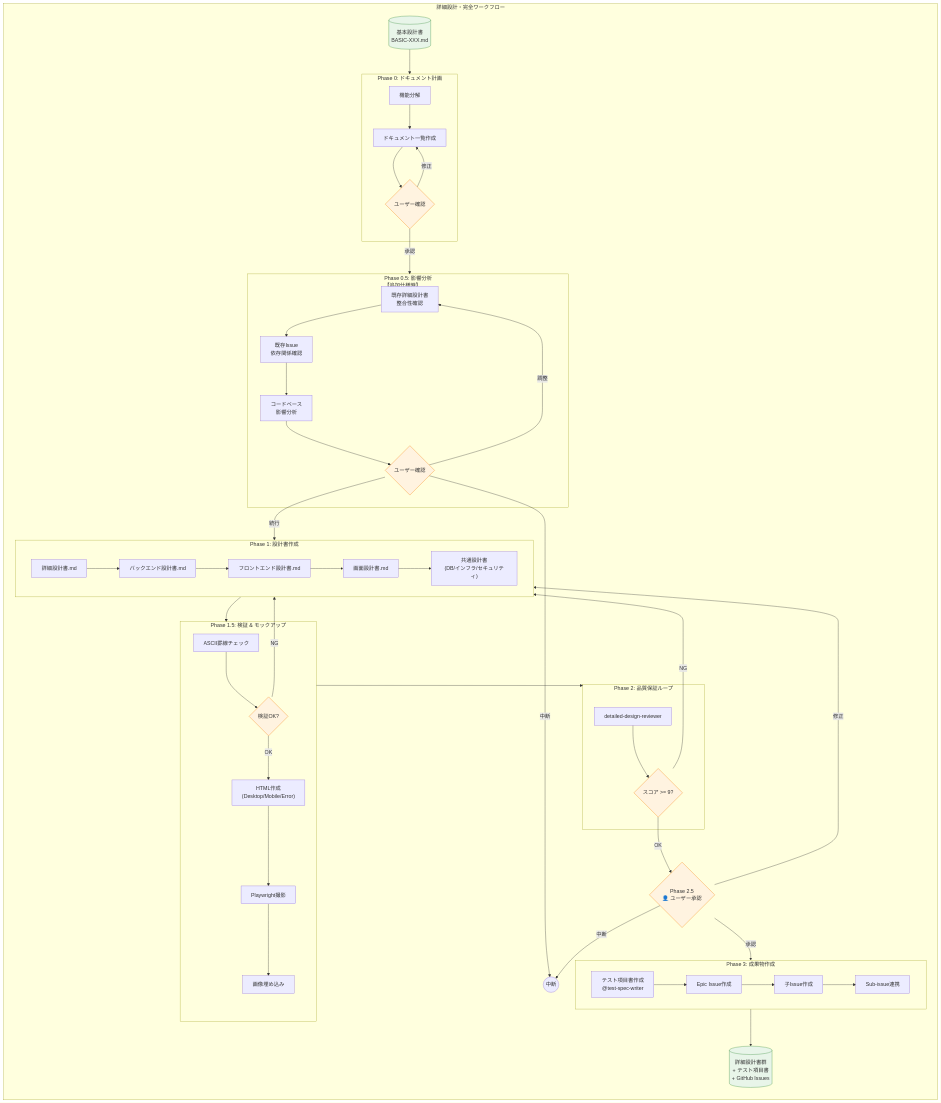
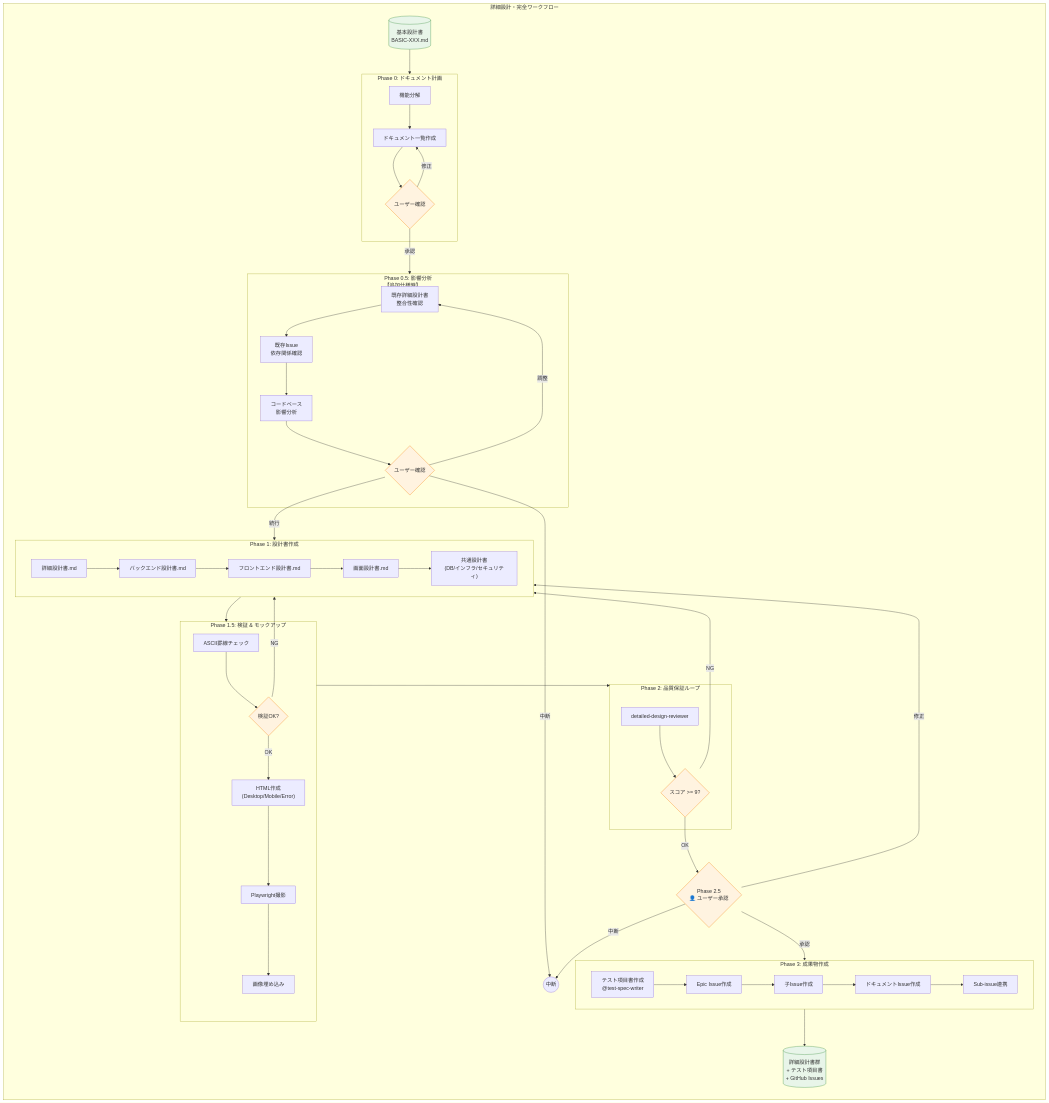
Before and after one commit to takemo101/compose-workflow: the diagram in .opencode/command/detailed-design-workflow.md, drawn with Mermaid. The commit also changed other lines of this file, not shown here.

```diff
--- a/.opencode/command/detailed-design-workflow.md
+++ b/.opencode/command/detailed-design-workflow.md
@@ -55,6 +55,7 @@
             P3_1["テスト項目書作成<br/>@test-spec-writer"]
             P3_2["Epic Issue作成"]
             P3_3["子Issue作成"]
+            P3_5["ドキュメントIssue作成"]
             P3_4["Sub-issue連携"]
         end
         
@@ -87,7 +88,7 @@
         PHASE25 -->|修正| PHASE1
         PHASE25 -->|中断| ABORT(("中断"))
         
-        P3_1 --> P3_2 --> P3_3 --> P3_4
+        P3_1 --> P3_2 --> P3_3 --> P3_5 --> P3_4
         PHASE3 --> OUTPUT
     end
     
```
